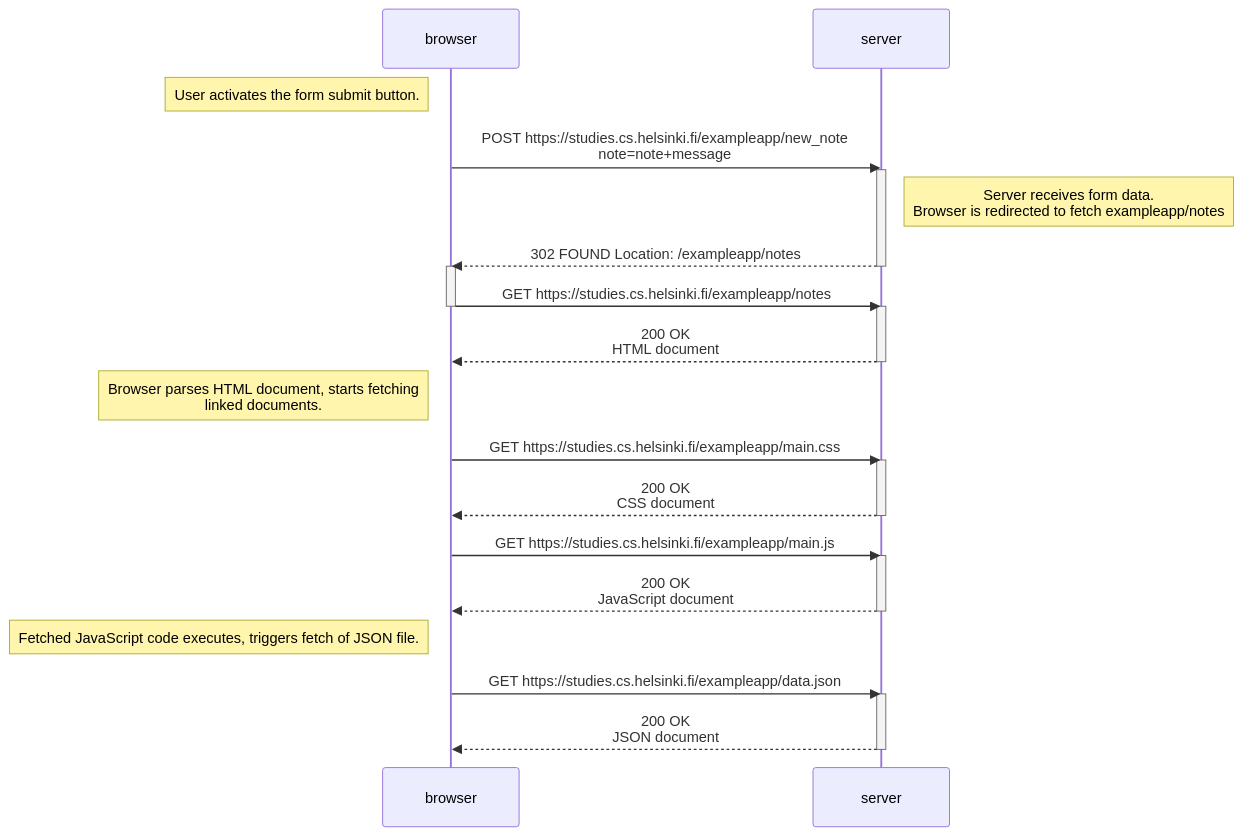
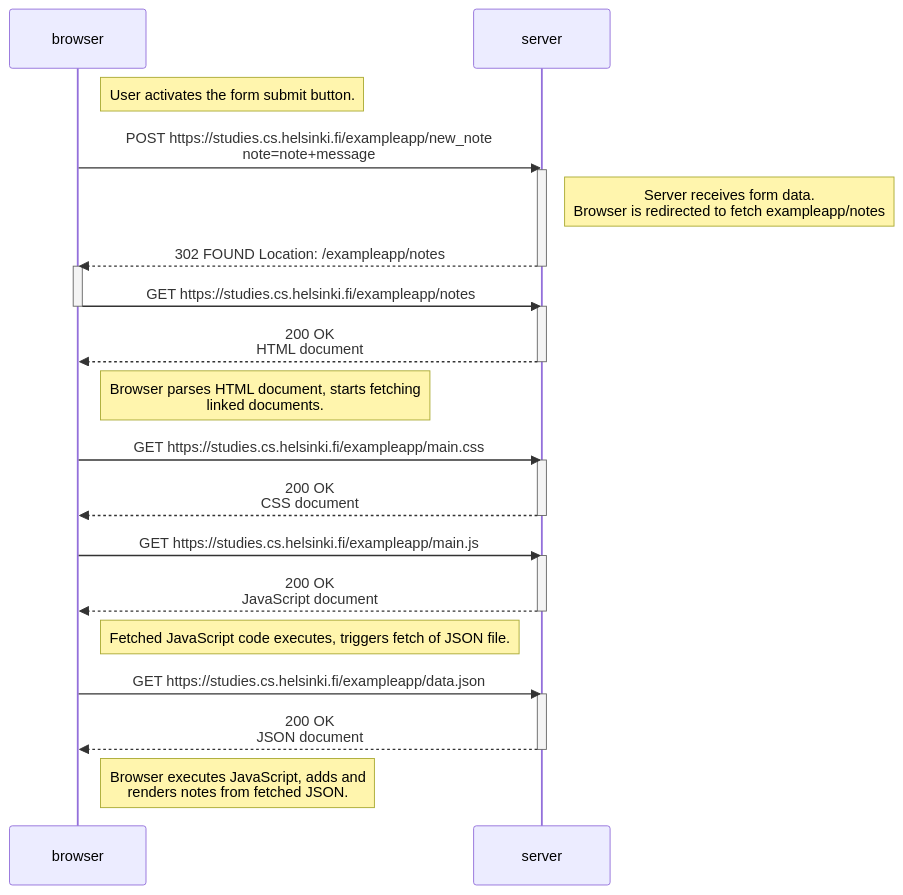
One commit to aniemela-cloud/fullstack-exercises changed the diagram in part0/new-note-diagram/Newnote.md. Above: the diagram before and after it, drawn with Mermaid. The commit also changed 1 other file, not shown here.

Commit message:
Updated Newnote.md and Openpage.md
Moved notes from left of browser to right in diagrams. Added a note mentioning that the browser JS parses the fetched JSON and modifies page.

````diff
--- a/part0/new-note-diagram/Newnote.md
+++ b/part0/new-note-diagram/Newnote.md
@@ -3,36 +3,37 @@
 ```mermaid
 sequenceDiagram
     participant browser
     participant server
 
-    Note left of browser: User activates the form submit button.
+    Note right of browser: User activates the form submit button.
     browser->>server: POST https://studies.cs.helsinki.fi/exampleapp/new_note <br/>note=note+message
     activate server
     Note right of server: Server receives form data.<br/>Browser is redirected to fetch exampleapp/notes
     server-->>browser: 302 FOUND Location: /exampleapp/notes
     deactivate server
     activate browser
     browser->>server: GET https://studies.cs.helsinki.fi/exampleapp/notes
     deactivate browser
     activate server
     server-->>browser: 200 OK <br/>HTML document
     deactivate server
     
-    Note left of browser: Browser parses HTML document, starts fetching<br/>linked documents.
+    Note right of browser: Browser parses HTML document, starts fetching<br/>linked documents.
     browser->>server: GET https://studies.cs.helsinki.fi/exampleapp/main.css
     activate server
     server-->>browser: 200 OK <br/>CSS document
     deactivate server
 
     browser->>server: GET https://studies.cs.helsinki.fi/exampleapp/main.js
     activate server
     server-->>browser: 200 OK <br/>JavaScript document
     deactivate server
 
-    Note left of browser: Fetched JavaScript code executes, triggers fetch of JSON file.
+    Note right of browser: Fetched JavaScript code executes, triggers fetch of JSON file.
     browser->>server: GET https://studies.cs.helsinki.fi/exampleapp/data.json
     activate server
     server-->>browser: 200 OK <br/>JSON document
     deactivate server
+    Note right of browser: Browser executes JavaScript, adds and<br/>renders notes from fetched JSON.
 
 ```
````
